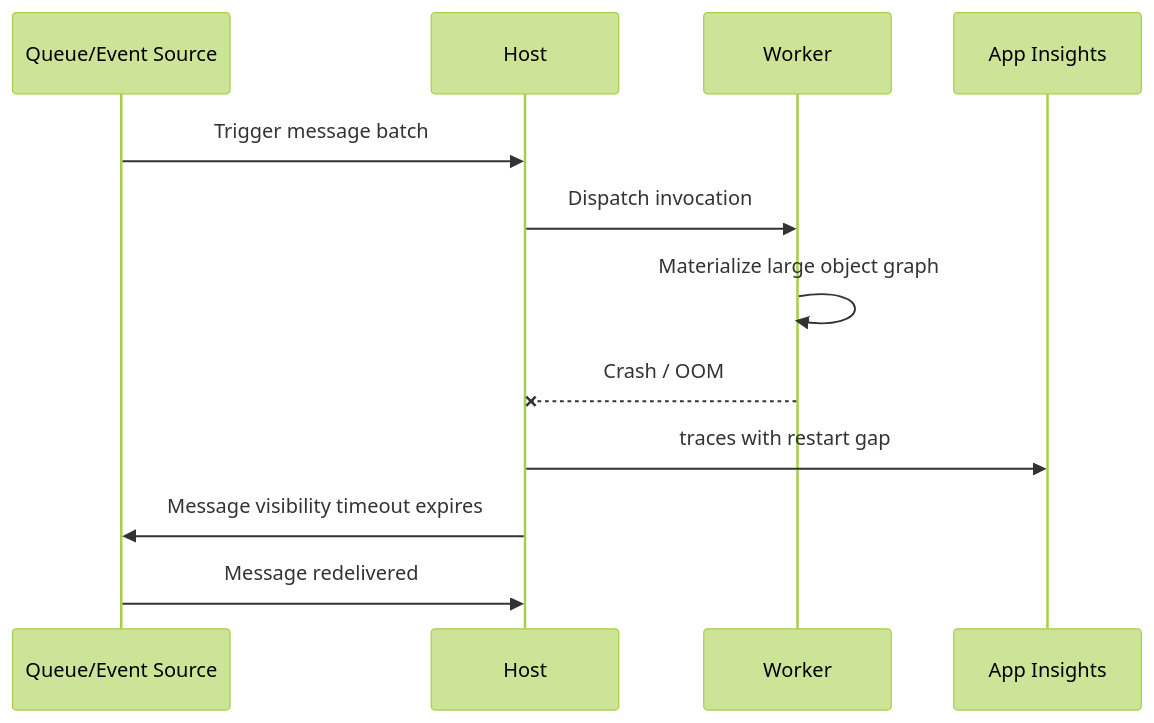
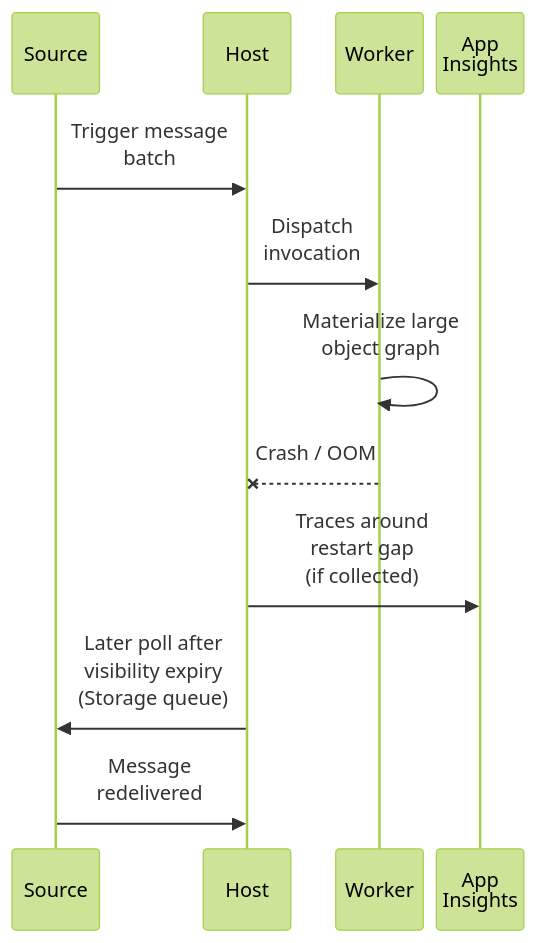
Before and after one commit to yeongseon/azure-functions-practical-guide: the third of 4 diagrams in docs/troubleshooting/playbooks/scaling/out-of-memory-worker-crash.md, drawn with Mermaid (forest theme). The commit also changed other lines of this file and 2 other files, not shown here.

First line of the commit message:
docs(diagrams): migrate Functions playbooks scaling — durable orchestration stuck and out of memory worker crash (#449)

````diff
--- a/docs/troubleshooting/playbooks/scaling/out-of-memory-worker-crash.md
+++ b/docs/troubleshooting/playbooks/scaling/out-of-memory-worker-crash.md
@@ -133,14 +155,17 @@
 ```mermaid
+%%{init: {'sequence': {'diagramMarginX': 4, 'actorMargin': 8, 'width': 70, 'wrap': true, 'messageMargin': 30}}}%%
 sequenceDiagram
-    participant Q as Queue/Event Source
+    accTitle: Worker crash and conditional message redelivery
+    accDescr: Illustrative logical sequence preserves source, host, worker and telemetry roles and message order. Delivery arrows summarize trigger results, not a universal push protocol; Storage queue visibility expiry precedes a later poll and redelivery.
+    participant Q as Source
     participant H as Host
     participant W as Worker
-    participant AI as App Insights
-    Q->>H: Trigger message batch
-    H->>W: Dispatch invocation
-    W->>W: Materialize large object graph
+    participant AI as App<br/>Insights
+    Q->>H: Trigger message<br/>batch
+    H->>W: Dispatch<br/>invocation
+    W->>W: Materialize large<br/>object graph
     W--xH: Crash / OOM
-    H->>AI: traces with restart gap
-    H->>Q: Message visibility timeout expires
-    Q->>H: Message redelivered
+    H->>AI: Traces around<br/>restart gap<br/>(if collected)
+    H->>Q: Later poll after<br/>visibility expiry<br/>(Storage queue)
+    Q->>H: Message<br/>redelivered
 ```
````
